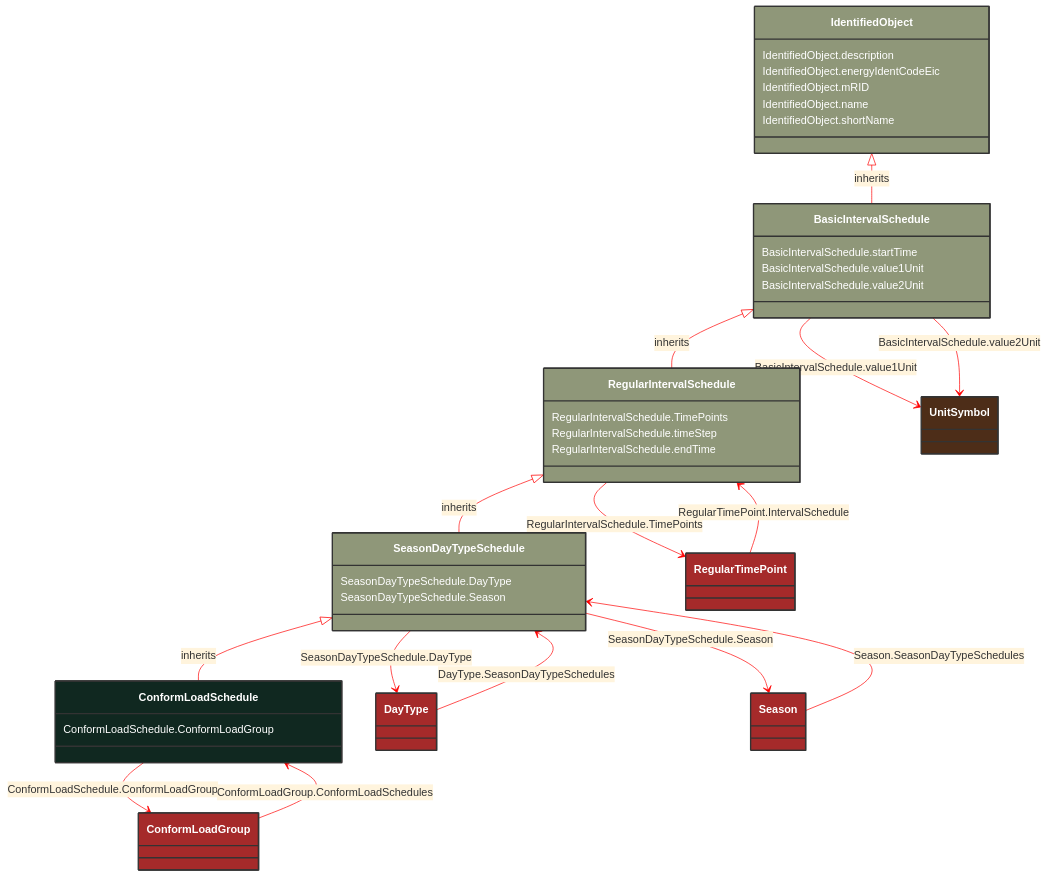
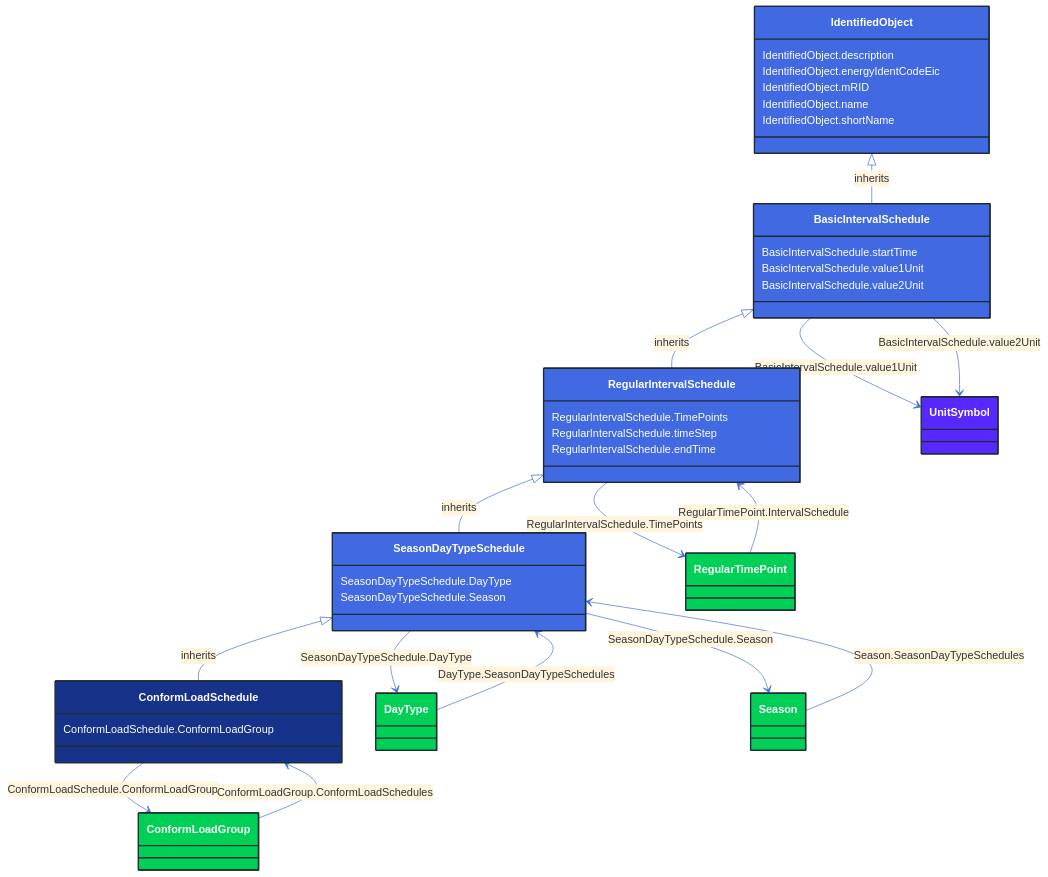
The diagram in docs/Models/Profiles/CoreEquipment/ConcreteClasses/ConformLoadSchedule.md (3lbits/NoCIMExtensions), drawn with Mermaid before and after one commit. The commit also changed 362 other files, not shown here.

First line of the commit message:
Update diagrams and styles for improved visual consistency

````diff
--- a/docs/Models/Profiles/CoreEquipment/ConcreteClasses/ConformLoadSchedule.md
+++ b/docs/Models/Profiles/CoreEquipment/ConcreteClasses/ConformLoadSchedule.md
@@ -8,81 +8,81 @@
 ```mermaid
-%%{init: {'theme':'base','themeVariables': {'lineColor': '#FF0000'}}}%%
+%%{init: {'theme':'base','themeVariables': {'lineColor': '#4169E1'}}}%%
 classDiagram
     class ConformLoadSchedule
     click ConformLoadSchedule href "/Models/Profiles/CoreEquipment/ConcreteClasses/ConformLoadSchedule/"
-    style ConformLoadSchedule fill:#102820,stroke:#333,stroke-width:2px,rx:10,ry:10,color:white
+    style ConformLoadSchedule fill:#163289,stroke:#1F2A37,stroke-width:2px,rx:10,ry:10,color:white
      
         SeasonDayTypeSchedule <|-- ConformLoadSchedule : inherits
             click SeasonDayTypeSchedule href "/Models/Profiles/CoreEquipment/AbstractClasses/SeasonDayTypeSchedule/"
-            style SeasonDayTypeSchedule fill:#8F9779,stroke:#333,stroke-width:2px,rx:10,ry:10,color:white
+            style SeasonDayTypeSchedule fill:#4169E1,stroke:#1F2A37,stroke-width:2px,rx:10,ry:10,color:white
      
         RegularIntervalSchedule <|-- SeasonDayTypeSchedule : inherits
             click RegularIntervalSchedule href "/Models/Profiles/CoreEquipment/AbstractClasses/RegularIntervalSchedule/"
-            style RegularIntervalSchedule fill:#8F9779,stroke:#333,stroke-width:2px,rx:10,ry:10,color:white
+            style RegularIntervalSchedule fill:#4169E1,stroke:#1F2A37,stroke-width:2px,rx:10,ry:10,color:white
      
         BasicIntervalSchedule <|-- RegularIntervalSchedule : inherits
             click BasicIntervalSchedule href "/Models/Profiles/CoreEquipment/AbstractClasses/BasicIntervalSchedule/"
-            style BasicIntervalSchedule fill:#8F9779,stroke:#333,stroke-width:2px,rx:10,ry:10,color:white
+            style BasicIntervalSchedule fill:#4169E1,stroke:#1F2A37,stroke-width:2px,rx:10,ry:10,color:white
      
         IdentifiedObject <|-- BasicIntervalSchedule : inherits
             click IdentifiedObject href "/Models/Profiles/CoreEquipment/AbstractClasses/IdentifiedObject/"
-            style IdentifiedObject fill:#8F9779,stroke:#333,stroke-width:2px,rx:10,ry:10,color:white
+            style IdentifiedObject fill:#4169E1,stroke:#1F2A37,stroke-width:2px,rx:10,ry:10,color:white
 
         ConformLoadSchedule --> ConformLoadGroup : ConformLoadSchedule.ConformLoadGroup
 
         ConformLoadGroup
             click ConformLoadGroup href "/Models/Profiles/CoreEquipment/ConcreteClasses/ConformLoadGroup/"
-            style ConformLoadGroup fill:#A52A2A,stroke:#333,stroke-width:2px,rx:10,ry:10,color:white
+            style ConformLoadGroup fill:#00D156,stroke:#1F2A37,stroke-width:2px,rx:10,ry:10,color:white
         SeasonDayTypeSchedule --> DayType : SeasonDayTypeSchedule.DayType
 
         DayType
             click DayType href "/Models/Profiles/CoreEquipment/ConcreteClasses/DayType/"
-            style DayType fill:#A52A2A,stroke:#333,stroke-width:2px,rx:10,ry:10,color:white
+            style DayType fill:#00D156,stroke:#1F2A37,stroke-width:2px,rx:10,ry:10,color:white
         SeasonDayTypeSchedule --> Season : SeasonDayTypeSchedule.Season
 
         Season
             click Season href "/Models/Profiles/CoreEquipment/ConcreteClasses/Season/"
-            style Season fill:#A52A2A,stroke:#333,stroke-width:2px,rx:10,ry:10,color:white
+            style Season fill:#00D156,stroke:#1F2A37,stroke-width:2px,rx:10,ry:10,color:white
         RegularIntervalSchedule --> RegularTimePoint : RegularIntervalSchedule.TimePoints
 
         RegularTimePoint
             click RegularTimePoint href "/Models/Profiles/CoreEquipment/ConcreteClasses/RegularTimePoint/"
-            style RegularTimePoint fill:#A52A2A,stroke:#333,stroke-width:2px,rx:10,ry:10,color:white
+            style RegularTimePoint fill:#00D156,stroke:#1F2A37,stroke-width:2px,rx:10,ry:10,color:white
 
         ConformLoadGroup --> ConformLoadSchedule : ConformLoadGroup.ConformLoadSchedules
 
         ConformLoadGroup
             click ConformLoadGroup href "/Models/Profiles/CoreEquipment/ConcreteClasses/ConformLoadGroup/"
-            style ConformLoadGroup fill:#A52A2A,stroke:#333,stroke-width:2px,rx:10,ry:10,color:white
+            style ConformLoadGroup fill:#00D156,stroke:#1F2A37,stroke-width:2px,rx:10,ry:10,color:white
 
         DayType --> SeasonDayTypeSchedule : DayType.SeasonDayTypeSchedules
 
         DayType
             click DayType href "/Models/Profiles/CoreEquipment/ConcreteClasses/DayType/"
-            style DayType fill:#A52A2A,stroke:#333,stroke-width:2px,rx:10,ry:10,color:white
+            style DayType fill:#00D156,stroke:#1F2A37,stroke-width:2px,rx:10,ry:10,color:white
 
         RegularTimePoint --> RegularIntervalSchedule : RegularTimePoint.IntervalSchedule
 
         RegularTimePoint
             click RegularTimePoint href "/Models/Profiles/CoreEquipment/ConcreteClasses/RegularTimePoint/"
-            style RegularTimePoint fill:#A52A2A,stroke:#333,stroke-width:2px,rx:10,ry:10,color:white
+            style RegularTimePoint fill:#00D156,stroke:#1F2A37,stroke-width:2px,rx:10,ry:10,color:white
 
         Season --> SeasonDayTypeSchedule : Season.SeasonDayTypeSchedules
 
         Season
             click Season href "/Models/Profiles/CoreEquipment/ConcreteClasses/Season/"
-            style Season fill:#A52A2A,stroke:#333,stroke-width:2px,rx:10,ry:10,color:white
+            style Season fill:#00D156,stroke:#1F2A37,stroke-width:2px,rx:10,ry:10,color:white
 
         BasicIntervalSchedule --> UnitSymbol : BasicIntervalSchedule.value1Unit
 
         UnitSymbol
             click UnitSymbol href "/Models/Profiles/CoreEquipment/Enumerations/UnitSymbol/"
-            style UnitSymbol fill:#4D2D18,stroke:#333,stroke-width:2px,rx:10,ry:10,color:white
+            style UnitSymbol fill:#5729FF,stroke:#1F2A37,stroke-width:2px,rx:10,ry:10,color:white
         BasicIntervalSchedule --> UnitSymbol : BasicIntervalSchedule.value2Unit
 
         UnitSymbol
             click UnitSymbol href "/Models/Profiles/CoreEquipment/Enumerations/UnitSymbol/"
-            style UnitSymbol fill:#4D2D18,stroke:#333,stroke-width:2px,rx:10,ry:10,color:white
+            style UnitSymbol fill:#5729FF,stroke:#1F2A37,stroke-width:2px,rx:10,ry:10,color:white
 
         ConformLoadSchedule : ConformLoadSchedule.ConformLoadGroup
         SeasonDayTypeSchedule : SeasonDayTypeSchedule.DayType
````
